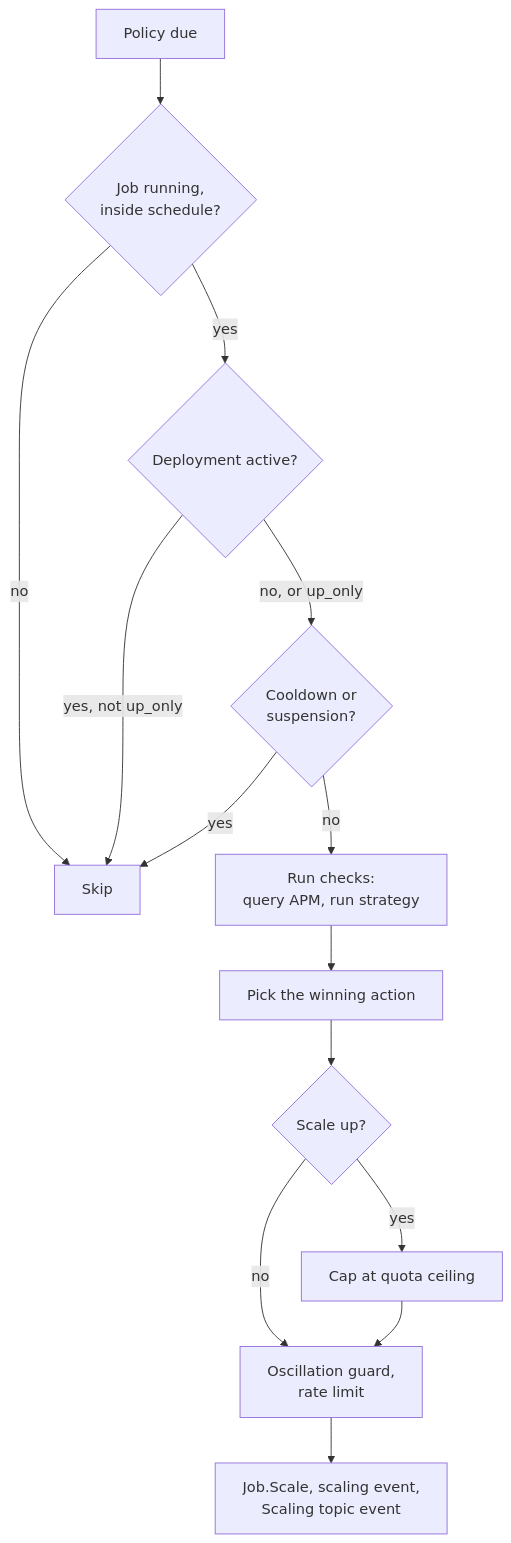
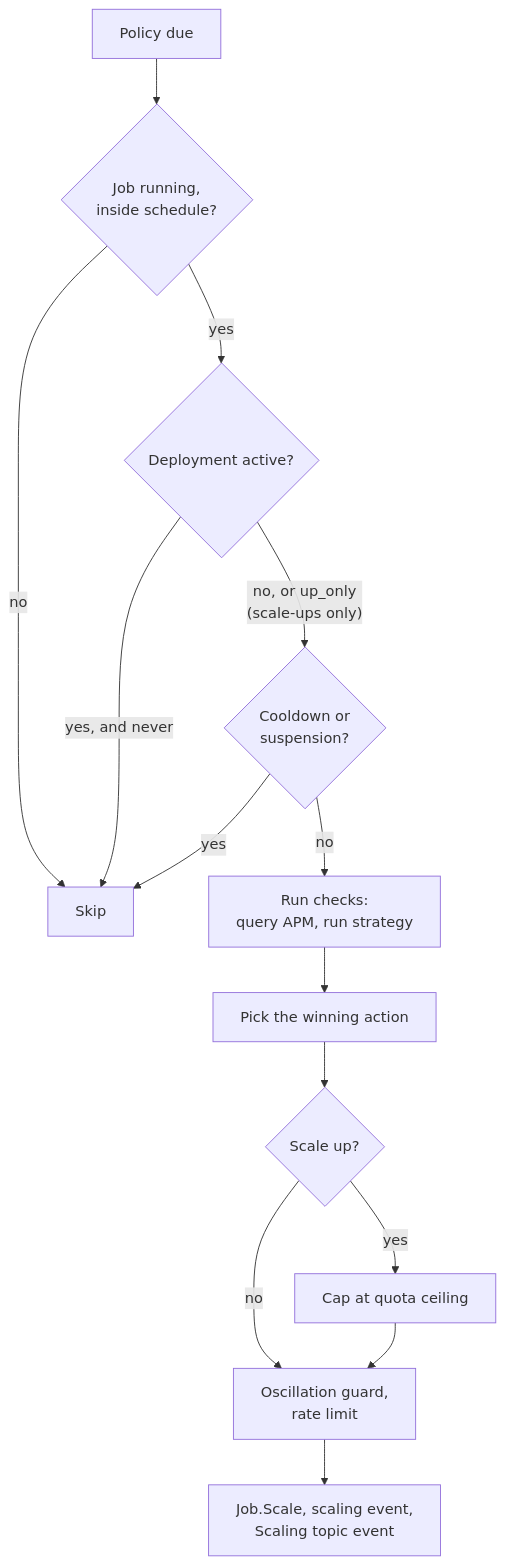
The diagram in content/docs/features/autoscaler/reference/concepts/policy-eval/_index.md (bacanoo-io/norca-doc), drawn with Mermaid before and after one commit. The commit also changed 7 other files, not shown here.

First line of the commit message:
autoscaler: scaling is not a new version of a job; up_only by default

````diff
--- a/content/docs/features/autoscaler/reference/concepts/policy-eval/_index.md
+++ b/content/docs/features/autoscaler/reference/concepts/policy-eval/_index.md
@@ -18,16 +18,16 @@
 ```mermaid
 flowchart TB
   A["Policy due"] --> B{"Job running,<br/>inside schedule?"}
   B -- "no" --> Z["Skip"]
   B -- "yes" --> C{"Deployment active?"}
-  C -- "yes, not up_only" --> Z
-  C -- "no, or up_only" --> D{"Cooldown or<br/>suspension?"}
+  C -- "yes, and never" --> Z
+  C -- "no, or up_only<br/>(scale-ups only)" --> D{"Cooldown or<br/>suspension?"}
   D -- "yes" --> Z
   D -- "no" --> E["Run checks:<br/>query APM, run strategy"]
   E --> F["Pick the winning action"]
   F --> G{"Scale up?"}
   G -- "yes" --> H["Cap at quota ceiling"]
   G -- "no" --> I
   H --> I["Oscillation guard,<br/>rate limit"]
   I --> J["Job.Scale, scaling event,<br/>Scaling topic event"]
 ```
````
